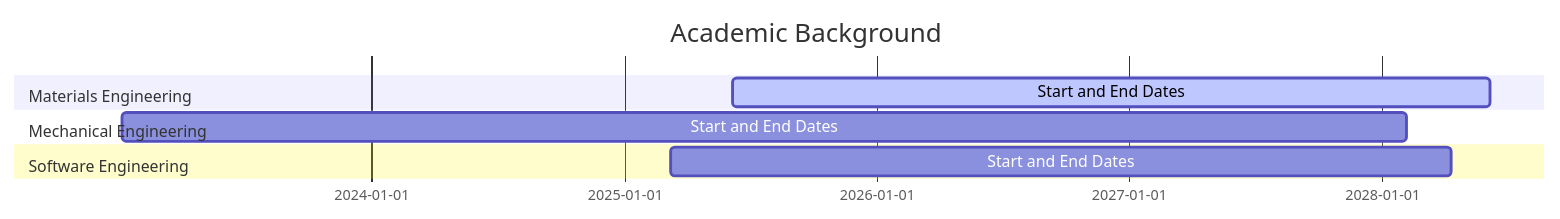
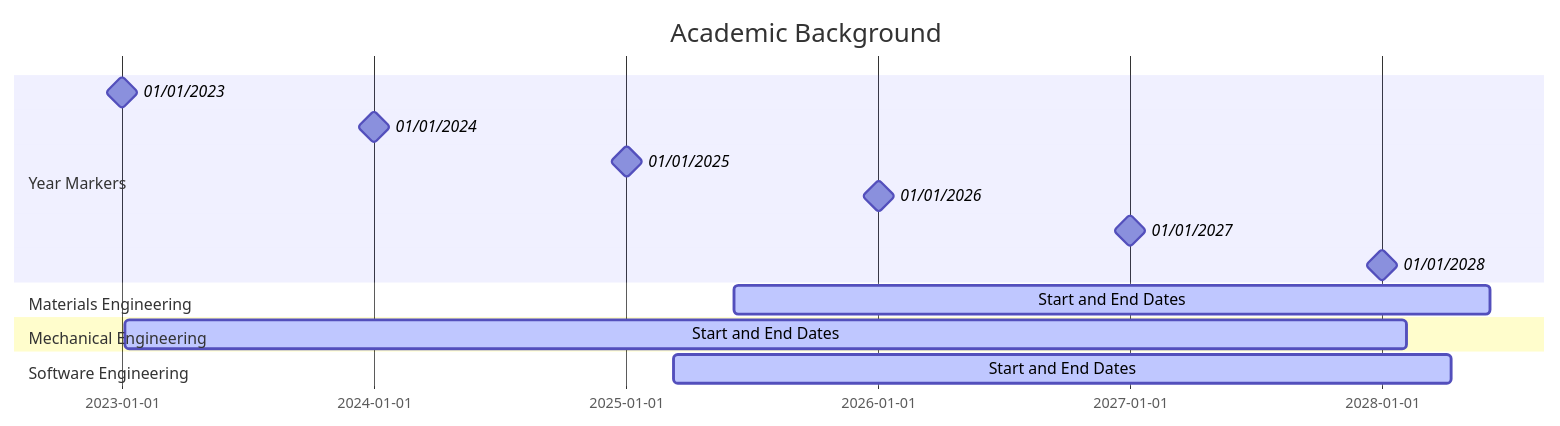
Before and after one commit to delblerferreira/delblerferreira: the first of 3 diagrams in README.md, drawn with Mermaid.

````diff
--- a/README.md
+++ b/README.md
@@ -44,13 +44,22 @@
 ```mermaid
 gantt
     title Academic Background
     dateFormat  YYYY-MM-DD
+
+    section Year Markers
+    01/01/2023                 :milestone, ym2023, 2023-01-01, 1d
+    01/01/2024                 :milestone, ym2024, 2024-01-01, 1d
+    01/01/2025                 :milestone, ym2025, 2025-01-01, 1d
+    01/01/2026                 :milestone, ym2026, 2026-01-01, 1d
+    01/01/2027                 :milestone, ym2027, 2027-01-01, 1d
+    01/01/2028                 :milestone, ym2028, 2028-01-01, 1d
+
     section Materials Engineering
-    Start and End Dates       :active, materials, 2025-06-06, 2028-06-06
+    Start and End Dates        :active, materials, 2025-06-06, 2028-06-06
 
     section Mechanical Engineering
-    Start and End Dates       :mechanical, 2023-01-06, 2028-02-06
+    Start and End Dates        :active, mechanical, 2023-01-06, 2028-02-06
 
     section Software Engineering
-    Start and End Dates       :software, 2025-03-10, 2028-04-10
+    Start and End Dates        :active, software, 2025-03-10, 2028-04-10
 ```
````
